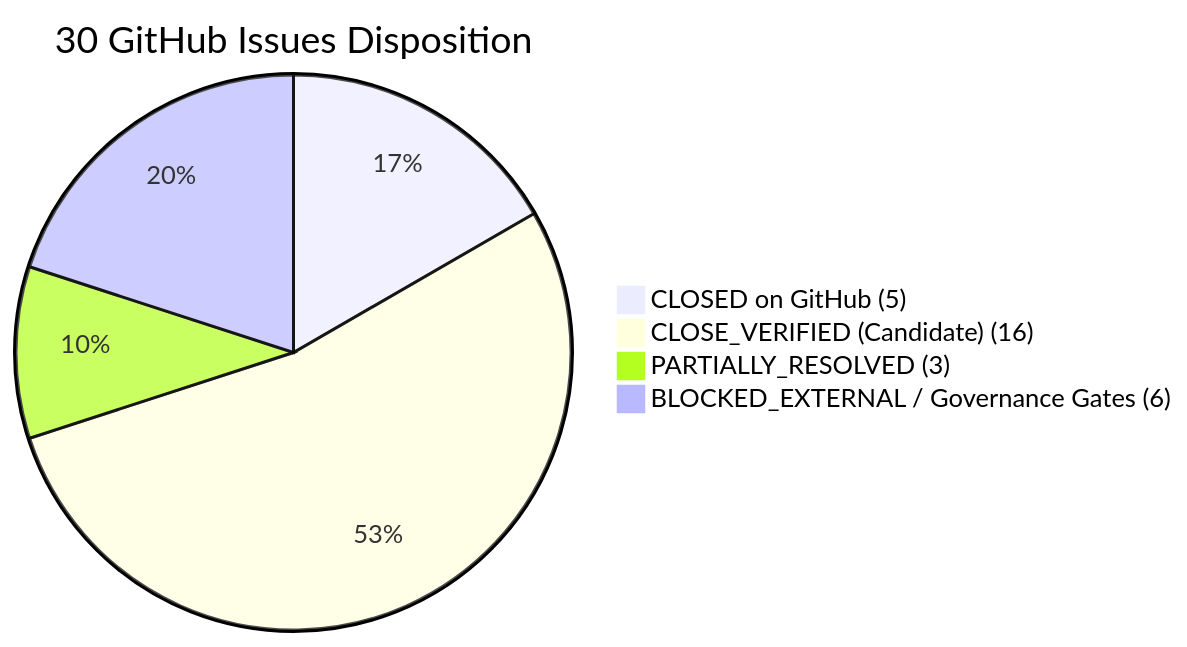
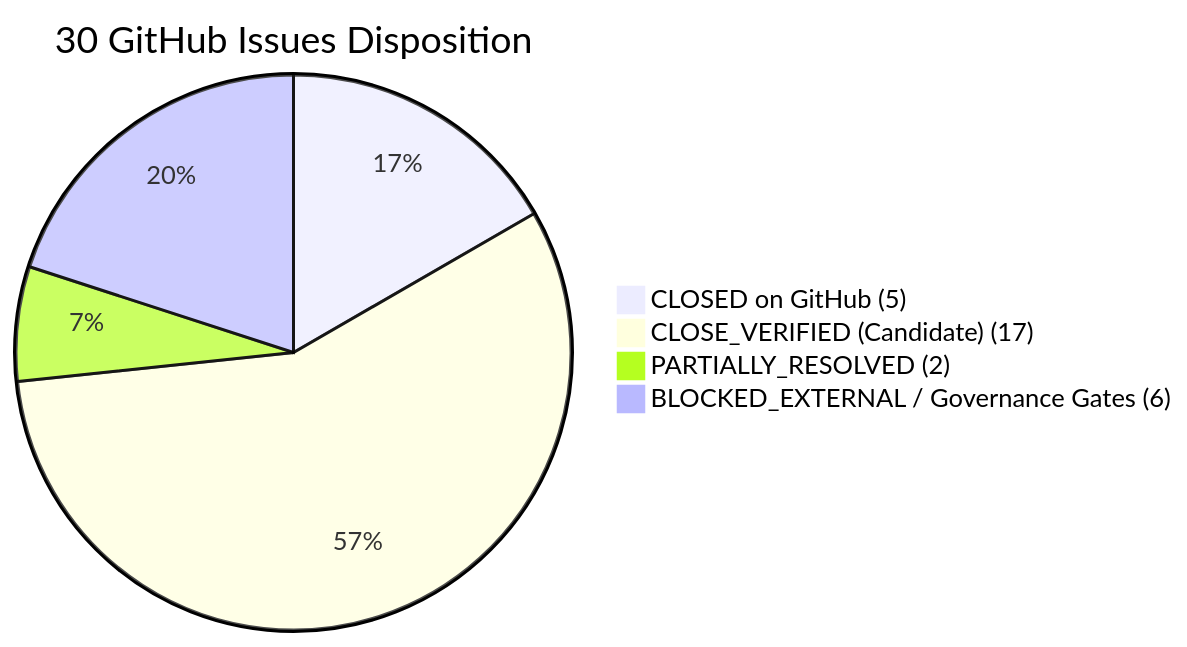
The diagram in docs/AUDIT_RECONCILIATION_30_ISSUES.md (o0k00l/MF-AI-Based), drawn with Mermaid before and after one commit. The commit also changed other lines of this file, not shown here.

````diff
--- a/docs/AUDIT_RECONCILIATION_30_ISSUES.md
+++ b/docs/AUDIT_RECONCILIATION_30_ISSUES.md
@@ -28,7 +28,7 @@
 ```mermaid
 pie title 30 GitHub Issues Disposition
     "CLOSED on GitHub (5)" : 5
-    "CLOSE_VERIFIED (Candidate) (16)" : 16
-    "PARTIALLY_RESOLVED (3)" : 3
+    "CLOSE_VERIFIED (Candidate) (17)" : 17
+    "PARTIALLY_RESOLVED (2)" : 2
     "BLOCKED_EXTERNAL / Governance Gates (6)" : 6
 ```
````
